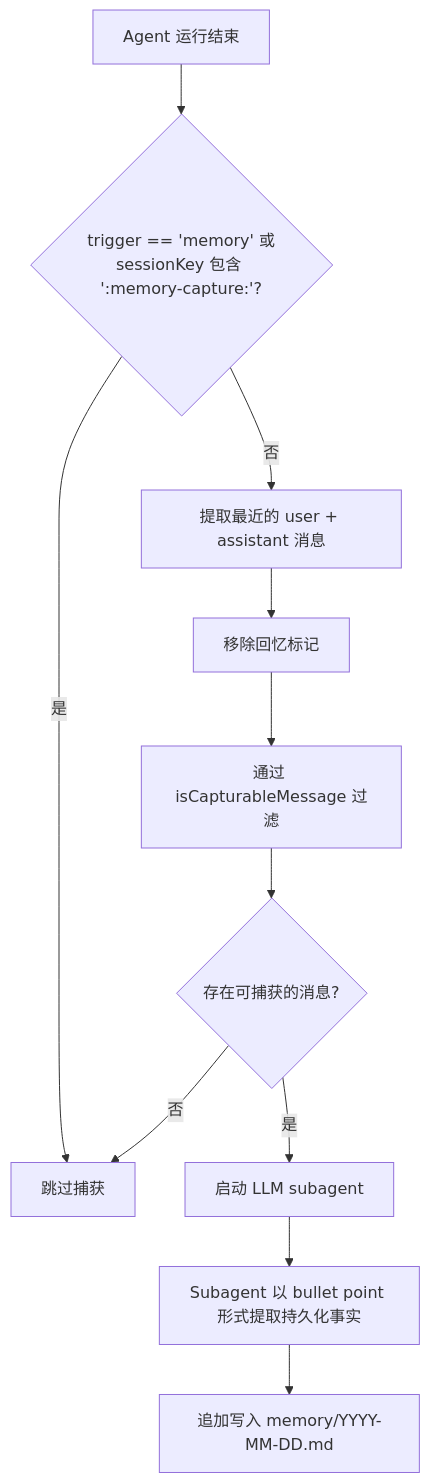
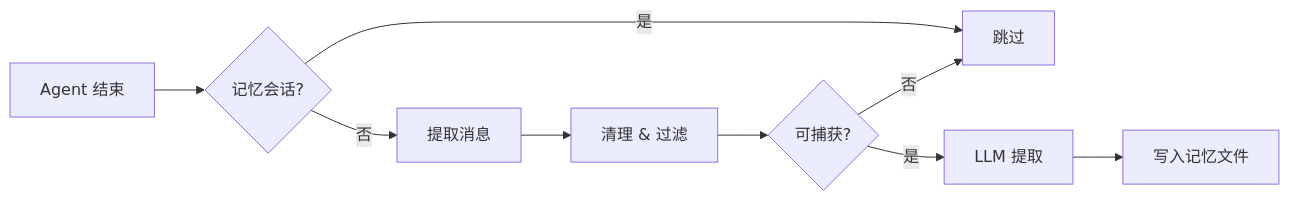
The second of 2 diagrams in README.zh-CN.md (aloong-planet/openclaw-memory-core-plus), drawn with Mermaid before and after one commit. The commit also changed other lines of this file and 1 other file, not shown here.

First line of the commit message:
docs: compact mermaid diagrams with LR layout and shorter labels

````diff
--- a/README.zh-CN.md
+++ b/README.zh-CN.md
@@ -103,13 +101,11 @@
 ```mermaid
-flowchart TD
-    A[Agent 运行结束] --> B{"trigger == 'memory' 或\nsessionKey 包含 ':memory-capture:'?"}
-    B -- 是 --> C[跳过捕获]
-    B -- 否 --> D[提取最近的 user + assistant 消息]
-    D --> E[移除回忆标记]
-    E --> F[通过 isCapturableMessage 过滤]
-    F --> G{存在可捕获的消息?}
-    G -- 否 --> C
-    G -- 是 --> H[启动 LLM subagent]
-    H --> I[Subagent 以 bullet point 形式提取持久化事实]
-    I --> J["追加写入 memory/YYYY-MM-DD.md"]
+flowchart LR
+    A[Agent 结束] --> B{记忆会话?}
+    B -- 是 --> X[跳过]
+    B -- 否 --> C[提取消息]
+    C --> D[清理 & 过滤]
+    D --> E{可捕获?}
+    E -- 否 --> X
+    E -- 是 --> F[LLM 提取]
+    F --> G[写入记忆文件]
 ```
````
